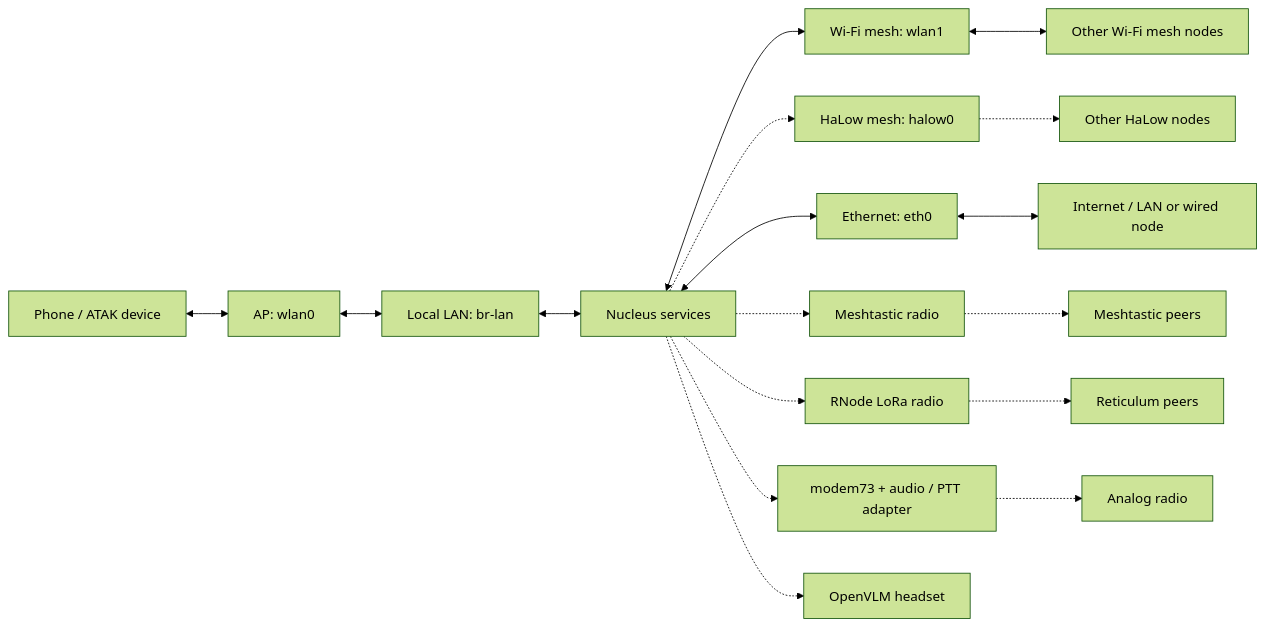
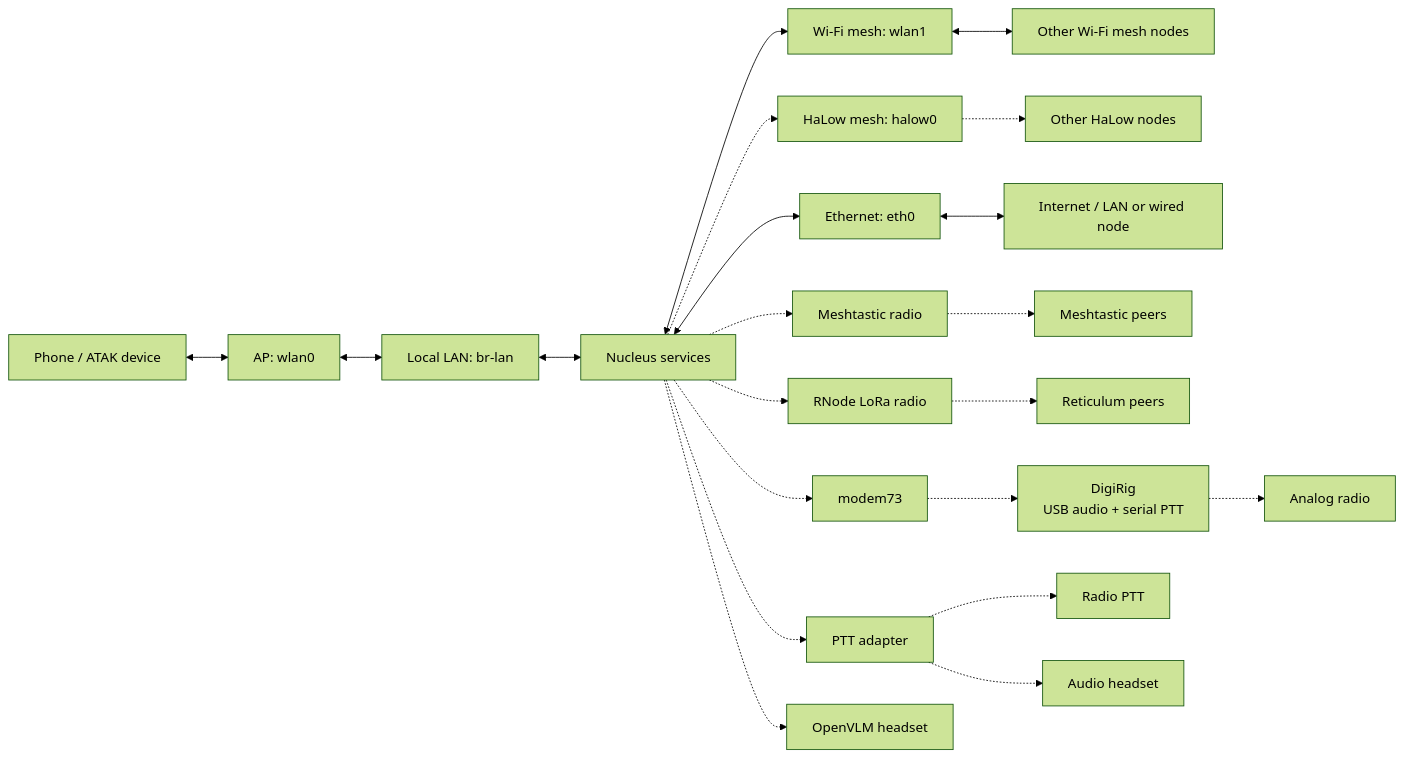
One commit to Natak-Mesh/V3_OS changed the first of 7 diagrams in docs/architecture.md. Above: the diagram before and after it, drawn with Mermaid (forest theme).

Commit message:
docs: separate modem73 and PTT adapter links

````diff
--- a/docs/architecture.md
+++ b/docs/architecture.md
@@ -19,19 +19,23 @@
 ```mermaid
 flowchart LR
     phone["Phone / ATAK device"] <--> ap["AP: wlan0"]
     ap <--> lan["Local LAN: br-lan"]
     lan <--> node["Nucleus services"]
     node <--> wifi["Wi-Fi mesh: wlan1"]
     wifi <--> wifiPeers["Other Wi-Fi mesh nodes"]
     node -.-> halow["HaLow mesh: halow0"]
     halow -.-> halowPeers["Other HaLow nodes"]
     node <--> eth["Ethernet: eth0"]
     eth <--> wired["Internet / LAN or wired node"]
     node -.-> meshtastic["Meshtastic radio"]
     meshtastic -.-> meshtasticPeers["Meshtastic peers"]
     node -.-> rnode["RNode LoRa radio"]
     rnode -.-> rnsPeers["Reticulum peers"]
-    node -.-> modem["modem73 + audio / PTT adapter"]
-    modem -.-> analog["Analog radio"]
+    node -.-> modem["modem73"]
+    modem -.-> digirig["DigiRig<br/>USB audio + serial PTT"]
+    digirig -.-> analog["Analog radio"]
+    node -.-> pttAdapter["PTT adapter"]
+    pttAdapter -.-> radioPtt["Radio PTT"]
+    pttAdapter -.-> audioHeadset["Audio headset"]
     node -.-> headset["OpenVLM headset"]
 ```
````
